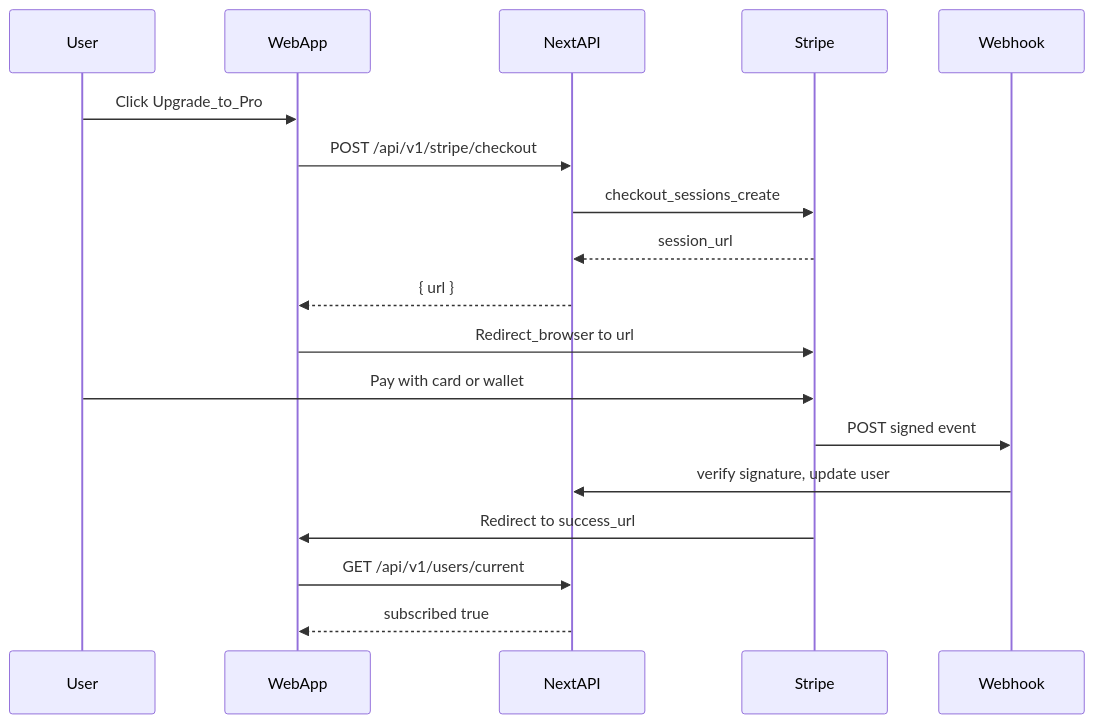
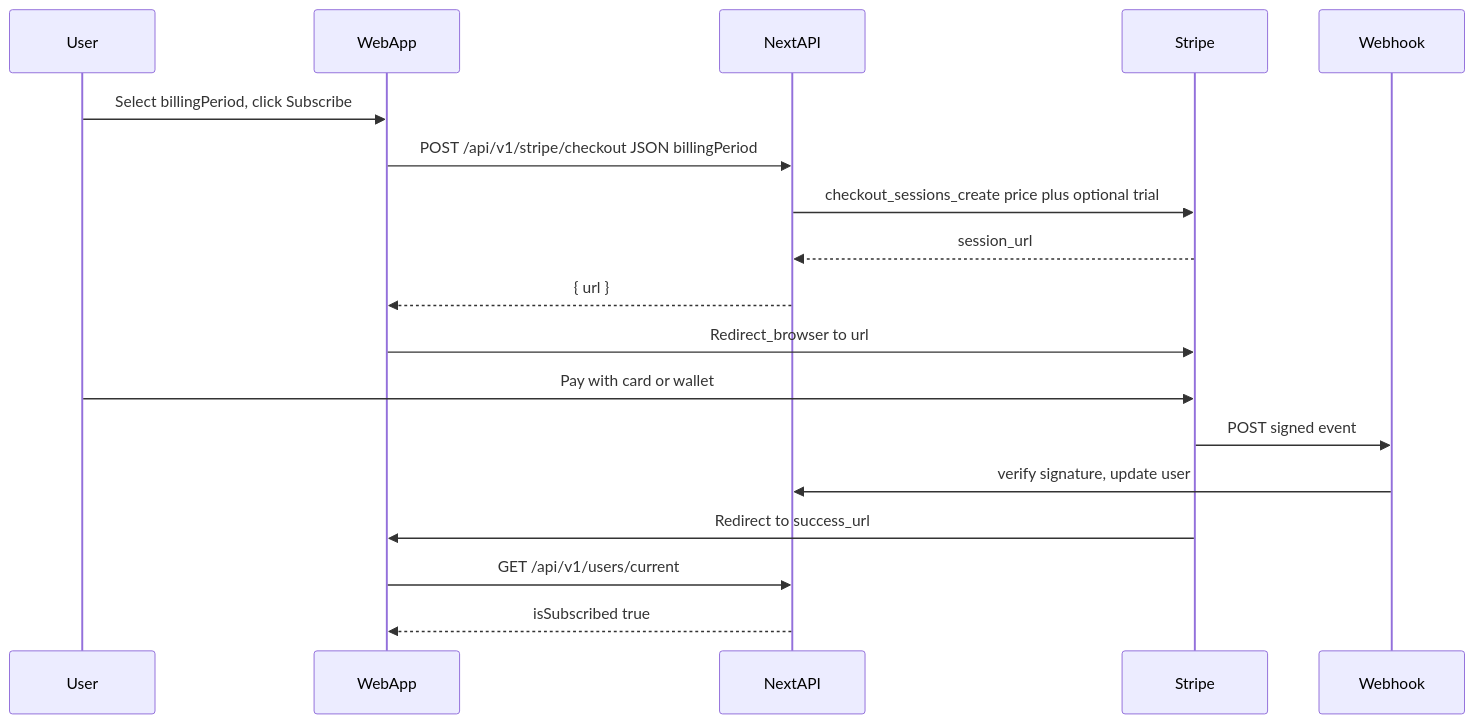
The diagram in docs/STRIPE_WEB_CHECKOUT_UI.md (Eklan-UK/eklana-ai-frontend), drawn with Mermaid before and after one commit. The commit also changed other lines of this file and 32 other files, not shown here.

First line of the commit message:
feat: update pricing and trial configuration for Stripe integration

````diff
--- a/docs/STRIPE_WEB_CHECKOUT_UI.md
+++ b/docs/STRIPE_WEB_CHECKOUT_UI.md
@@ -100,21 +101,21 @@
 ```mermaid
 sequenceDiagram
   participant User
   participant WebApp
   participant NextAPI
   participant Stripe
   participant Webhook
 
-  User->>WebApp: Click Upgrade_to_Pro
-  WebApp->>NextAPI: POST /api/v1/stripe/checkout
-  NextAPI->>Stripe: checkout_sessions_create
+  User->>WebApp: Select billingPeriod, click Subscribe
+  WebApp->>NextAPI: POST /api/v1/stripe/checkout JSON billingPeriod
+  NextAPI->>Stripe: checkout_sessions_create price plus optional trial
   Stripe-->>NextAPI: session_url
   NextAPI-->>WebApp: { url }
   WebApp->>Stripe: Redirect_browser to url
   User->>Stripe: Pay with card or wallet
   Stripe->>Webhook: POST signed event
   Webhook->>NextAPI: verify signature, update user
   Stripe->>WebApp: Redirect to success_url
   WebApp->>NextAPI: GET /api/v1/users/current
-  NextAPI-->>WebApp: subscribed true
+  NextAPI-->>WebApp: isSubscribed true
 ```
````
